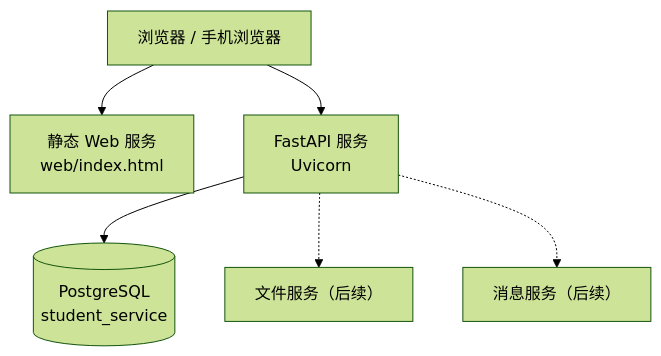
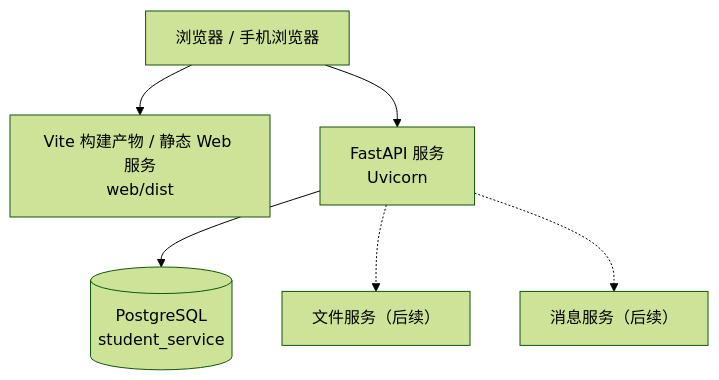
One commit to Mortpwr/software_team changed diagram 18 of 18 in docs/software-design-specification.md. Above: the diagram before and after it, drawn with Mermaid (forest theme). The commit also changed other lines of this file, not shown here.

````diff
--- a/docs/software-design-specification.md
+++ b/docs/software-design-specification.md
@@ -900,15 +960,15 @@
 ```mermaid
 flowchart TB
     Browser["浏览器 / 手机浏览器"]
-    Static["静态 Web 服务<br/>web/index.html"]
+    Static["Vite 构建产物 / 静态 Web 服务<br/>web/dist"]
     API["FastAPI 服务<br/>Uvicorn"]
     DB[("PostgreSQL<br/>student_service")]
     FutureFile["文件服务（后续）"]
     FutureMsg["消息服务（后续）"]
 
     Browser --> Static
     Browser --> API
     API --> DB
     API -.-> FutureFile
     API -.-> FutureMsg
 ```
````
